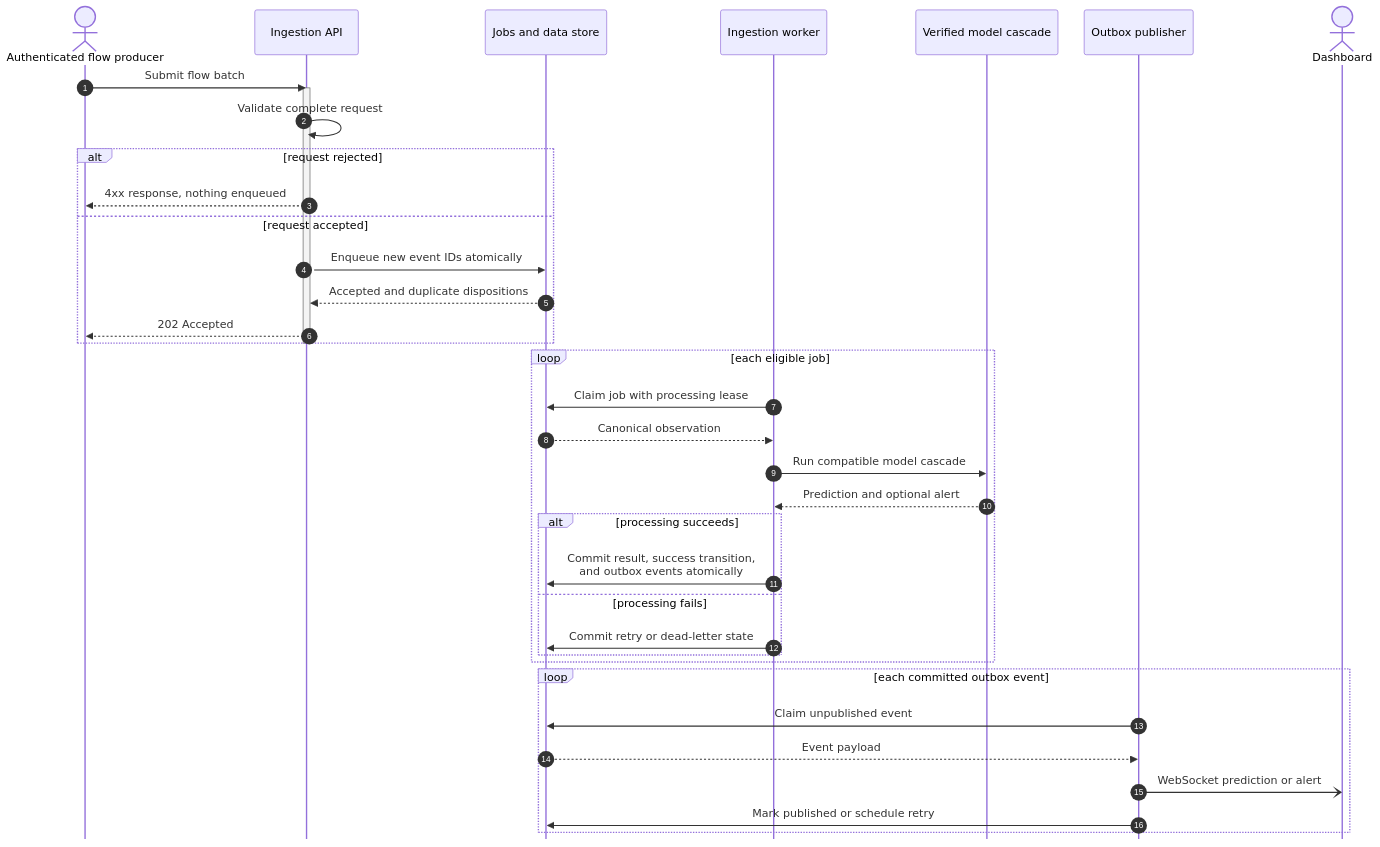
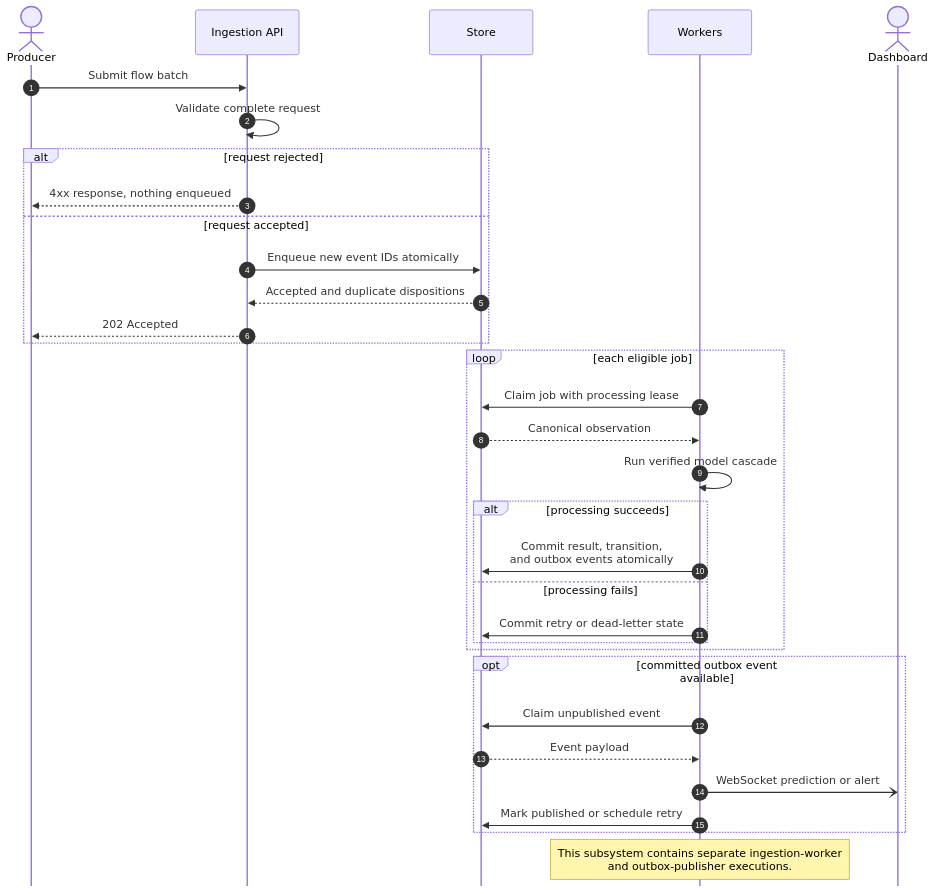
One commit to ZakariaElKhaldi/4iir-sr changed the diagram in diagrams/02-ingestion-sequence.mmd. Above: the diagram before and after it, drawn with Mermaid. The commit also changed 37 other files, not shown here.

Commit message:
diagrames

```diff
--- a/diagrams/02-ingestion-sequence.mmd
+++ b/diagrams/02-ingestion-sequence.mmd
@@ -1,47 +1,44 @@
 ---
 config:
   sequence:
     mirrorActors: false
-    actorMargin: 38
-    messageMargin: 24
+    actorMargin: 30
+    messageMargin: 25
 ---
 sequenceDiagram
     autonumber
-    actor Producer as Authenticated flow producer
+    actor Producer
     participant API as Ingestion API
-    participant DB as Jobs and data store
-    participant Worker as Ingestion worker
-    participant Models as Verified model cascade
-    participant Publisher as Outbox publisher
+    participant DB as Store
+    participant Workers as Workers
     actor UI as Dashboard
 
     Producer->>API: Submit flow batch
-    activate API
     API->>API: Validate complete request
     alt request rejected
         API-->>Producer: 4xx response, nothing enqueued
     else request accepted
         API->>DB: Enqueue new event IDs atomically
         DB-->>API: Accepted and duplicate dispositions
         API-->>Producer: 202 Accepted
     end
-    deactivate API
 
     loop each eligible job
-        Worker->>DB: Claim job with processing lease
-        DB-->>Worker: Canonical observation
-        Worker->>Models: Run compatible model cascade
-        Models-->>Worker: Prediction and optional alert
+        Workers->>DB: Claim job with processing lease
+        DB-->>Workers: Canonical observation
+        Workers->>Workers: Run verified model cascade
         alt processing succeeds
-            Worker->>DB: Commit result, success transition,<br/>and outbox events atomically
+            Workers->>DB: Commit result, transition,<br/>and outbox events atomically
         else processing fails
-            Worker->>DB: Commit retry or dead-letter state
+            Workers->>DB: Commit retry or dead-letter state
         end
     end
 
-    loop each committed outbox event
-        Publisher->>DB: Claim unpublished event
-        DB-->>Publisher: Event payload
-        Publisher-)UI: WebSocket prediction or alert
-        Publisher->>DB: Mark published or schedule retry
+    opt committed outbox event available
+        Workers->>DB: Claim unpublished event
+        DB-->>Workers: Event payload
+        Workers-)UI: WebSocket prediction or alert
+        Workers->>DB: Mark published or schedule retry
     end
+
+    note over Workers: This subsystem contains separate ingestion-worker<br/>and outbox-publisher executions.
```
